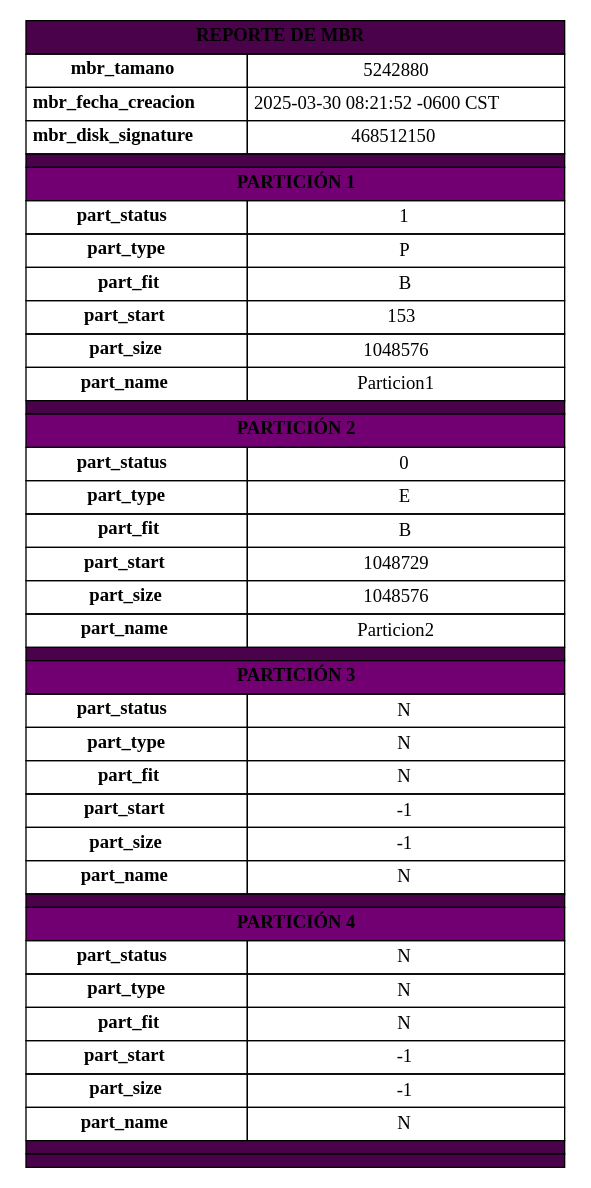
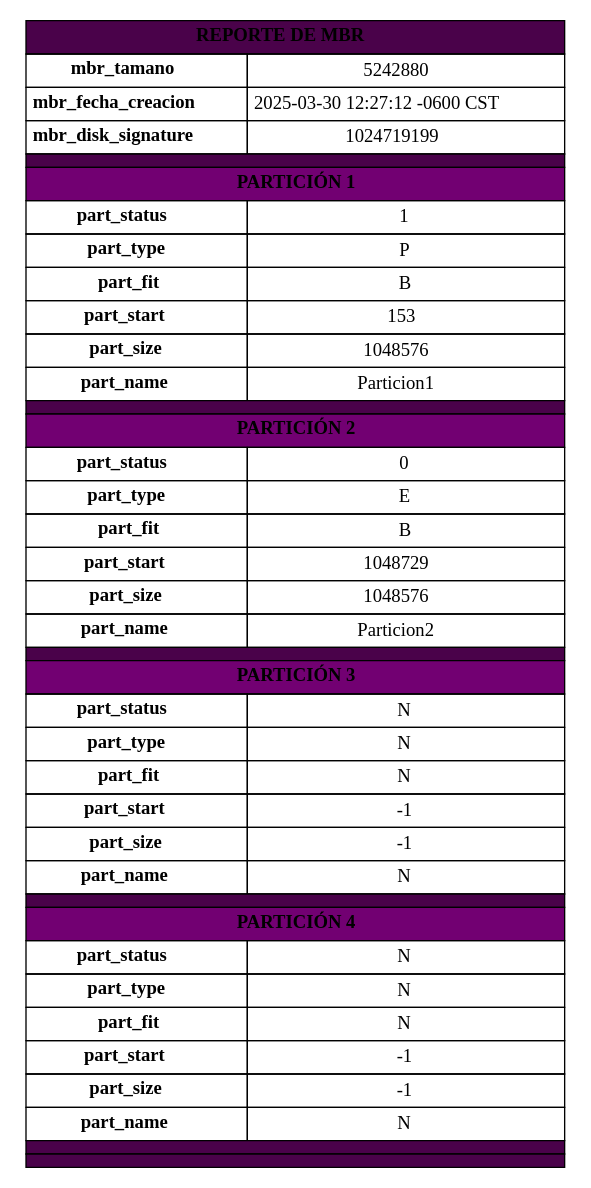
Before and after one commit to Brandon22023/MIA_1S2025_P1_202300813: the diagram in output/report_mbr.dot, drawn with Graphviz. The commit also changed 14 other files, not shown here.

```diff
--- a/output/report_mbr.dot
+++ b/output/report_mbr.dot
@@ -1,164 +1,164 @@
 digraph G {
 		node [shape=plaintext]
 		tabla [label=<
 			<table border="0" cellborder="1" cellspacing="0" cellpadding="4" style="rounded; font-family:Arial; font-size:12px;">
 				<!-- Encabezado principal -->
 				<tr>
 					<td colspan="2" bgcolor="#4A024A" style="color:white; font-size:16px; padding:8px; border-top-left-radius:8px; border-top-right-radius:8px;">
 						<b>REPORTE DE MBR</b>
 					</td>
 				</tr>
 				
 				<!-- Datos del MBR -->
 				<tr bgcolor="#EAD3EA">
 					<td><b>mbr_tamano</b></td>
 					<td>5242880</td>
 				</tr>
 				<tr>
 					<td><b>mbr_fecha_creacion</b></td>
-					<td>2025-03-30 08:21:52 -0600 CST</td>
+					<td>2025-03-30 12:27:12 -0600 CST</td>
 				</tr>
 				<tr bgcolor="#EAD3EA">
 					<td><b>mbr_disk_signature</b></td>
-					<td>468512150</td>
+					<td>1024719199</td>
 				</tr>
 				
 				<!-- Separador visual -->
 				<tr><td colspan="2" height="4" bgcolor="#4A024A"></td></tr>
             <!-- Partición 1 -->
             <tr>
                 <td colspan="2" bgcolor="#720072" style="color:white; font-size:14px; padding:6px;">
                     <b>PARTICIÓN 1</b>
                 </td>
             </tr>
             <tr bgcolor="#F5D0F5">
                 <td><b>part_status</b></td>
                 <td>1</td>
             </tr>
             <tr>
                 <td><b>part_type</b></td>
                 <td>P</td>
             </tr>
             <tr bgcolor="#F5D0F5">
                 <td><b>part_fit</b></td>
                 <td>B</td>
             </tr>
             <tr>
                 <td><b>part_start</b></td>
                 <td>153</td>
             </tr>
             <tr bgcolor="#F5D0F5">
                 <td><b>part_size</b></td>
                 <td>1048576</td>
             </tr>
             <tr>
                 <td><b>part_name</b></td>
                 <td>Particion1</td>
             </tr>
             
             <!-- Separador visual entre particiones -->
             <tr><td colspan="2" height="4" bgcolor="#4A024A"></td></tr>
             <!-- Partición 2 -->
             <tr>
                 <td colspan="2" bgcolor="#720072" style="color:white; font-size:14px; padding:6px;">
                     <b>PARTICIÓN 2</b>
                 </td>
             </tr>
             <tr bgcolor="#F5D0F5">
                 <td><b>part_status</b></td>
                 <td>0</td>
             </tr>
             <tr>
                 <td><b>part_type</b></td>
                 <td>E</td>
             </tr>
             <tr bgcolor="#F5D0F5">
                 <td><b>part_fit</b></td>
                 <td>B</td>
             </tr>
             <tr>
                 <td><b>part_start</b></td>
                 <td>1048729</td>
             </tr>
             <tr bgcolor="#F5D0F5">
                 <td><b>part_size</b></td>
                 <td>1048576</td>
             </tr>
             <tr>
                 <td><b>part_name</b></td>
                 <td>Particion2</td>
             </tr>
             
             <!-- Separador visual entre particiones -->
             <tr><td colspan="2" height="4" bgcolor="#4A024A"></td></tr>
             <!-- Partición 3 -->
             <tr>
                 <td colspan="2" bgcolor="#720072" style="color:white; font-size:14px; padding:6px;">
                     <b>PARTICIÓN 3</b>
                 </td>
             </tr>
             <tr bgcolor="#F5D0F5">
                 <td><b>part_status</b></td>
                 <td>N</td>
             </tr>
             <tr>
                 <td><b>part_type</b></td>
                 <td>N</td>
             </tr>
             <tr bgcolor="#F5D0F5">
                 <td><b>part_fit</b></td>
                 <td>N</td>
             </tr>
             <tr>
                 <td><b>part_start</b></td>
                 <td>-1</td>
             </tr>
             <tr bgcolor="#F5D0F5">
                 <td><b>part_size</b></td>
                 <td>-1</td>
             </tr>
             <tr>
                 <td><b>part_name</b></td>
                 <td>N</td>
             </tr>
             
             <!-- Separador visual entre particiones -->
             <tr><td colspan="2" height="4" bgcolor="#4A024A"></td></tr>
             <!-- Partición 4 -->
             <tr>
                 <td colspan="2" bgcolor="#720072" style="color:white; font-size:14px; padding:6px;">
                     <b>PARTICIÓN 4</b>
                 </td>
             </tr>
             <tr bgcolor="#F5D0F5">
                 <td><b>part_status</b></td>
                 <td>N</td>
             </tr>
             <tr>
                 <td><b>part_type</b></td>
                 <td>N</td>
             </tr>
             <tr bgcolor="#F5D0F5">
                 <td><b>part_fit</b></td>
                 <td>N</td>
             </tr>
             <tr>
                 <td><b>part_start</b></td>
                 <td>-1</td>
             </tr>
             <tr bgcolor="#F5D0F5">
                 <td><b>part_size</b></td>
                 <td>-1</td>
             </tr>
             <tr>
                 <td><b>part_name</b></td>
                 <td>N</td>
             </tr>
             
             <!-- Separador visual entre particiones -->
             <tr><td colspan="2" height="4" bgcolor="#4A024A"></td></tr>
 	<!-- Pie de tabla -->
 	<tr>
 		<td colspan="2" bgcolor="#4A024A" style="border-bottom-left-radius:8px; border-bottom-right-radius:8px; height:4px;"></td>
 	</tr>
 	</table>>] }"
```
